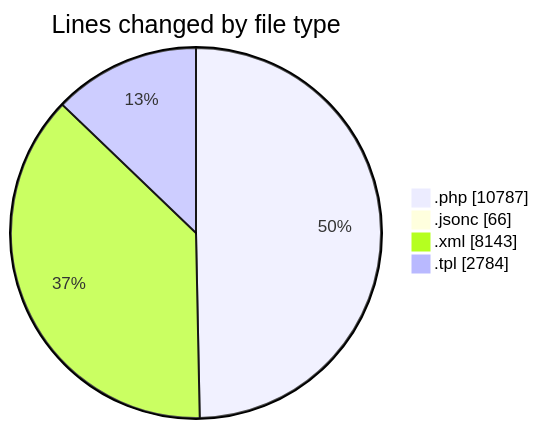
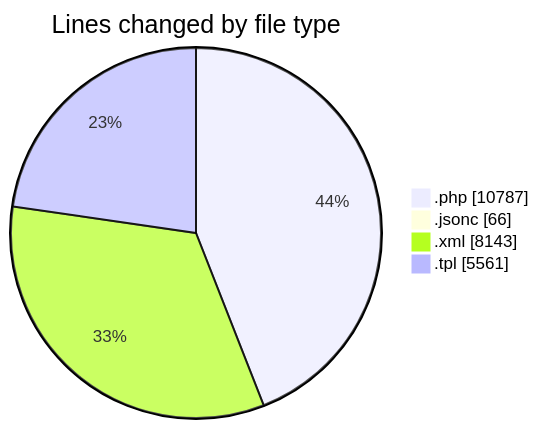
One commit to vahidmafi/code-tracking changed the first of 2 diagrams in 2025-09-06/shop/README.md. Above: the diagram before and after it, drawn with Mermaid. The commit also changed other lines of this file and 1 other file, not shown here.

````diff
--- a/2025-09-06/shop/README.md
+++ b/2025-09-06/shop/README.md
@@ -34,8 +34,8 @@
 ```mermaid
 pie showData
 title Lines changed by file type
 ".php" : 10787
 ".jsonc" : 66
 ".xml" : 8143
-".tpl" : 2784
+".tpl" : 5561
 ```
````
